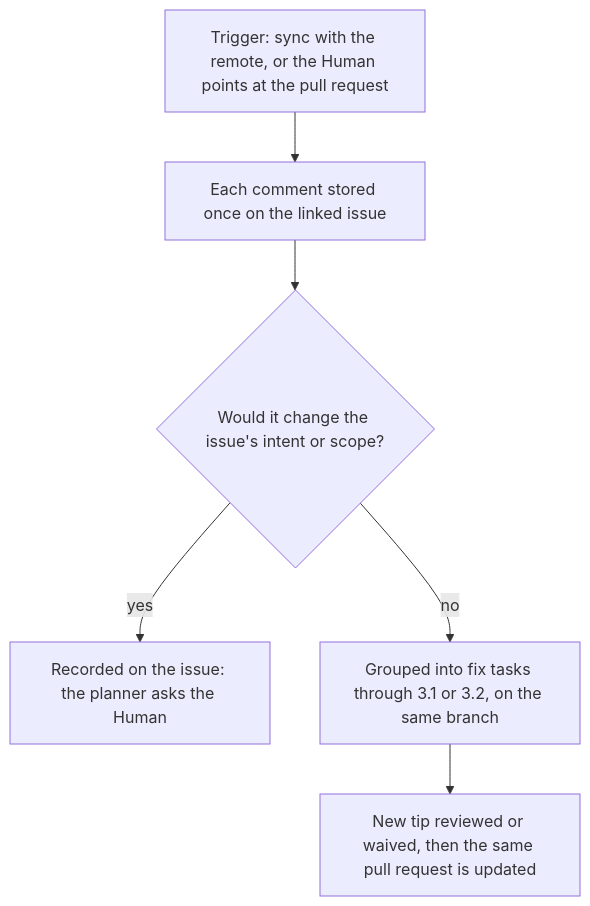
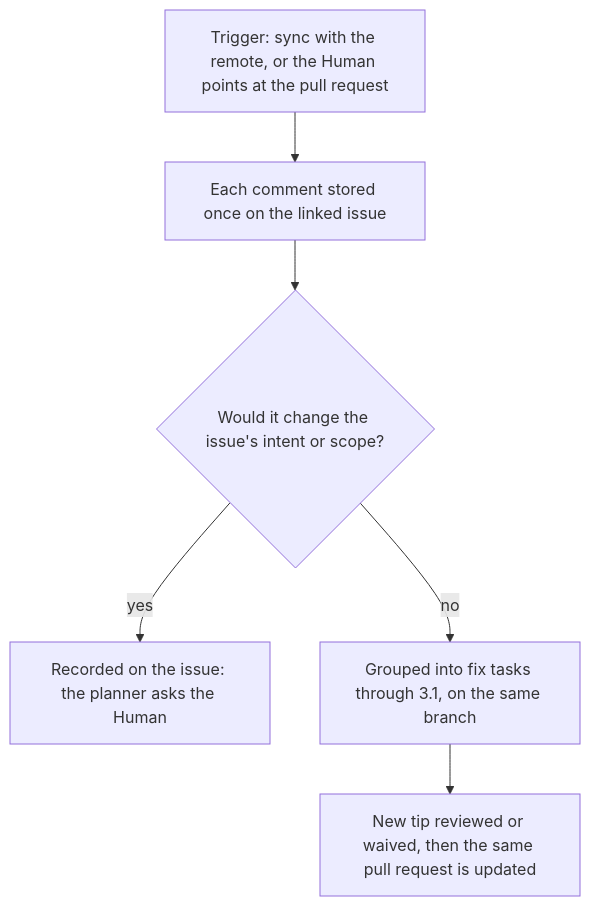
Before and after one commit to trustmybot/tmb: the third of 4 diagrams in docs/flows/3_TASKS.md, drawn with Mermaid. The commit also changed other lines of this file and 6 other files, not shown here.

Commit message:
📝 docs: cut the flow list to the eleven high-level flows

````diff
--- a/docs/flows/3_TASKS.md
+++ b/docs/flows/3_TASKS.md
@@ -171,8 +171,8 @@
 ```mermaid
 flowchart TD
     A["Trigger: sync with the remote, or the Human points at the pull request"] --> B["Each comment stored once on the linked issue"]
     B --> C{"Would it change the issue's intent or scope?"}
     C -- yes --> D["Recorded on the issue: the planner asks the Human"]
-    C -- no --> E["Grouped into fix tasks through 3.1 or 3.2, on the same branch"]
+    C -- no --> E["Grouped into fix tasks through 3.1, on the same branch"]
     E --> F["New tip reviewed or waived, then the same pull request is updated"]
 ```
````
